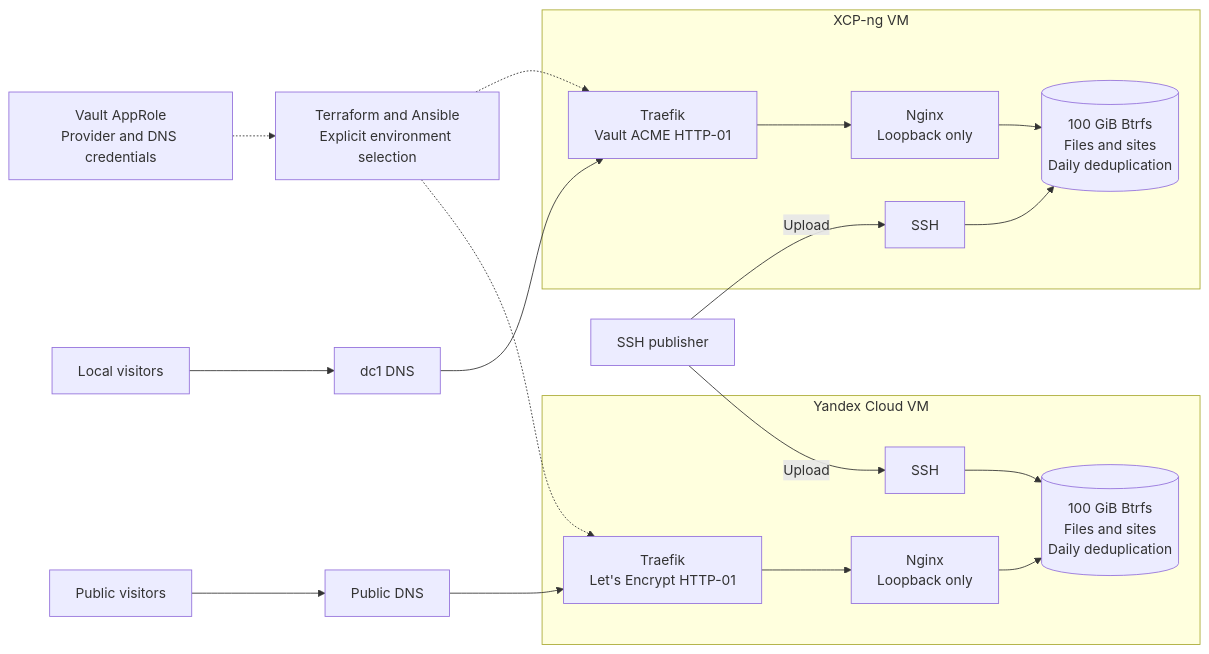
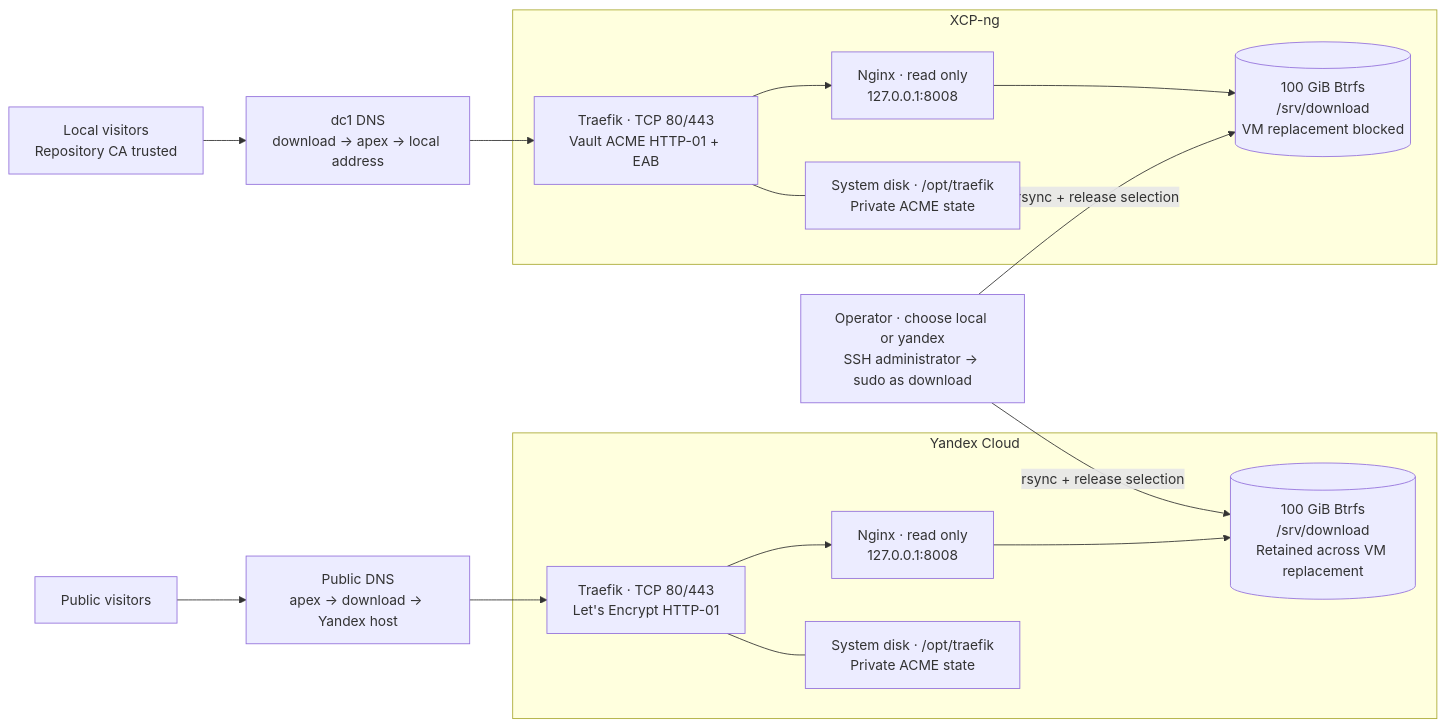
Before and after one commit to alwaldend/src: the diagram in infra/download/docs/architecture.mmd, drawn with Mermaid. The commit also changed 11 other files, not shown here.

```diff
--- a/infra/download/docs/architecture.mmd
+++ b/infra/download/docs/architecture.mmd
@@ -1,23 +1,20 @@
 flowchart LR
-    public[Public visitors] --> global[Public DNS]
-    local[Local visitors] --> dc1[dc1 DNS]
-    publisher[SSH publisher]
+    public[Public visitors] --> global[Public DNS<br/>apex → download → Yandex host]
+    local[Local visitors<br/>Repository CA trusted] --> dc1[dc1 DNS<br/>download → apex → local address]
 
-    subgraph cloud[Yandex Cloud VM]
-        ct[Traefik<br/>Let's Encrypt HTTP-01] --> cn[Nginx<br/>Loopback only]
-        cn --> cd[(100 GiB Btrfs<br/>Files and sites<br/>Daily deduplication)]
-        cs[SSH] --> cd
+    subgraph cloud[Yandex Cloud]
+        ct[Traefik · TCP 80/443<br/>Let's Encrypt HTTP-01] --> cn[Nginx · read only<br/>127.0.0.1:8008]
+        cn --> cd[(100 GiB Btrfs<br/>/srv/download<br/>Retained across VM replacement)]
+        ct --- ca[System disk · /opt/traefik<br/>Private ACME state]
     end
-    subgraph onprem[XCP-ng VM]
-        lt[Traefik<br/>Vault ACME HTTP-01] --> ln[Nginx<br/>Loopback only]
-        ln --> ld[(100 GiB Btrfs<br/>Files and sites<br/>Daily deduplication)]
-        ls[SSH] --> ld
+    subgraph onprem[XCP-ng]
+        lt[Traefik · TCP 80/443<br/>Vault ACME HTTP-01 + EAB] --> ln[Nginx · read only<br/>127.0.0.1:8008]
+        ln --> ld[(100 GiB Btrfs<br/>/srv/download<br/>VM replacement blocked)]
+        lt --- la[System disk · /opt/traefik<br/>Private ACME state]
     end
 
     global --> ct
     dc1 --> lt
-    publisher -->|Upload| cs
-    publisher -->|Upload| ls
-    vault[Vault AppRole<br/>Provider and DNS credentials] -.-> config[Terraform and Ansible<br/>Explicit environment selection]
-    config -.-> ct
-    config -.-> lt
+    publisher[Operator · choose local or yandex<br/>SSH administrator → sudo as download]
+    publisher -->|rsync + release selection| cd
+    publisher -->|rsync + release selection| ld
```
